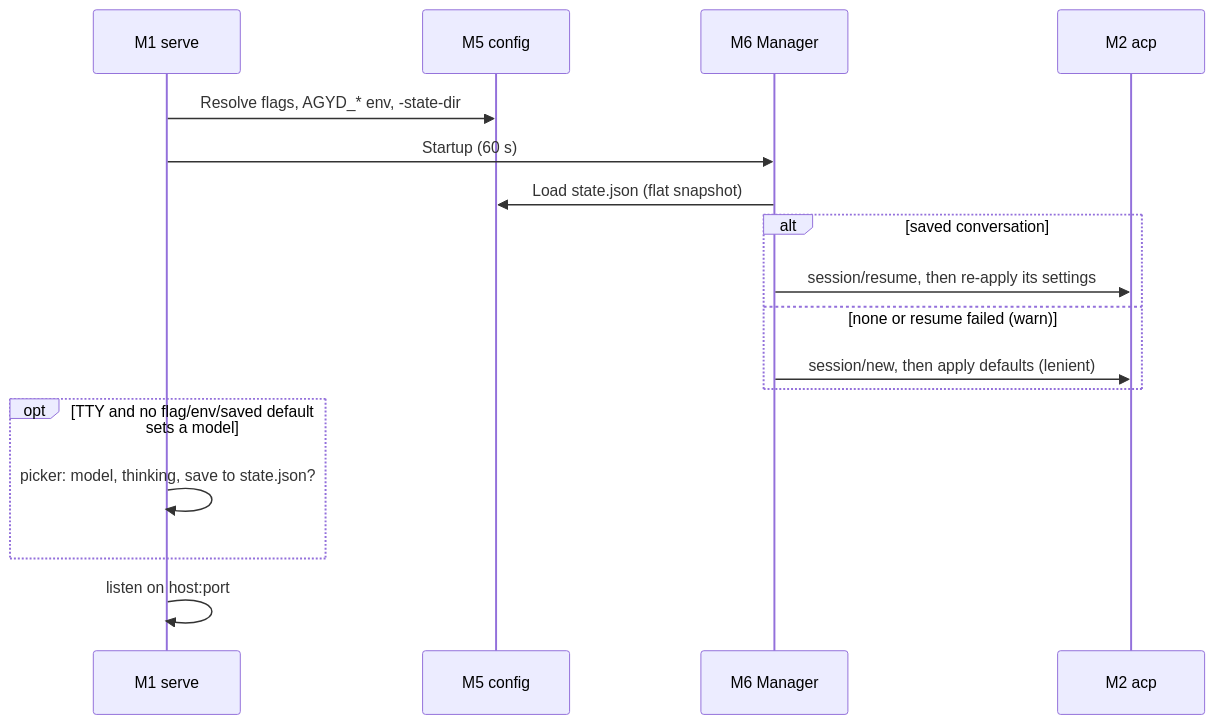
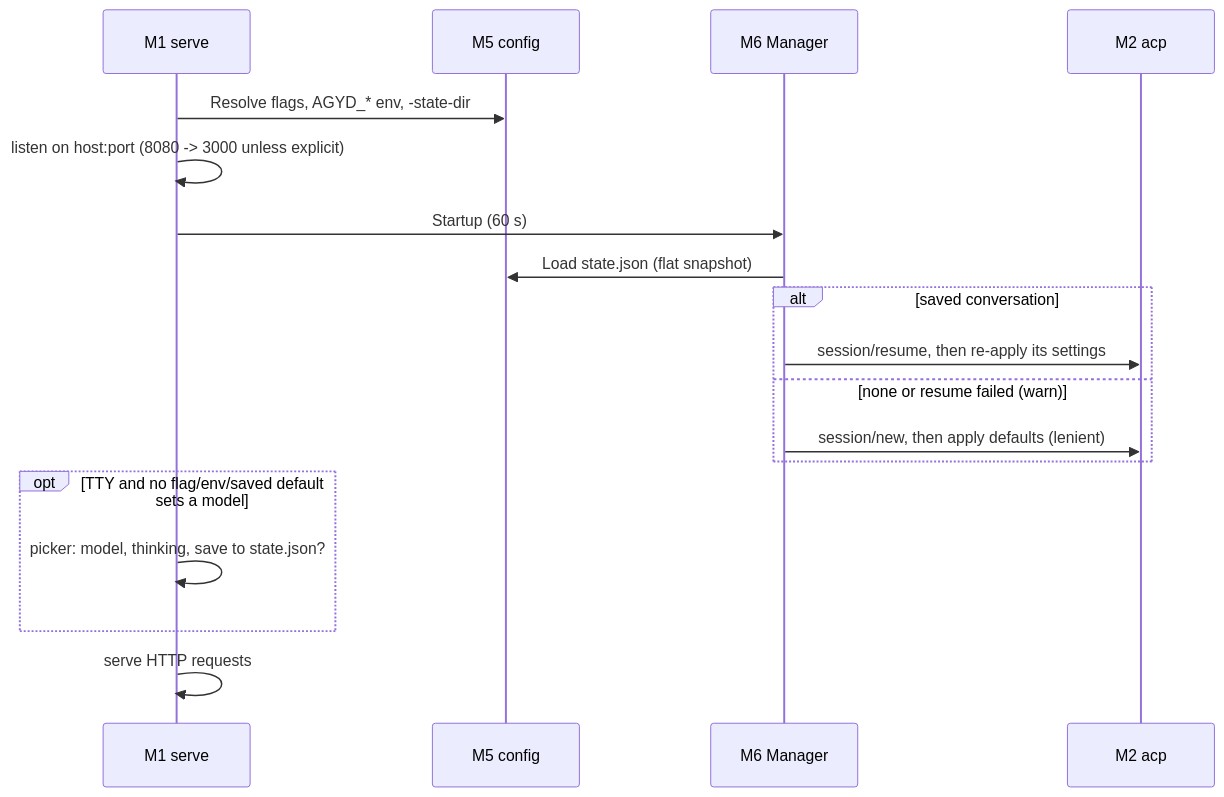
The second of 3 diagrams in SDD.md (kesokaj/agyd), drawn with Mermaid before and after one commit. The commit also changed other lines of this file and 18 other files, not shown here.

````diff
--- a/SDD.md
+++ b/SDD.md
@@ -62,19 +62,20 @@
 ```mermaid
 sequenceDiagram
   participant M as M1 serve
   participant C as M5 config
   participant G as M6 Manager
   participant A as M2 acp
   M->>C: Resolve flags, AGYD_* env, -state-dir
+  M->>M: listen on host:port (8080 -> 3000 unless explicit)
   M->>G: Startup (60 s)
   G->>C: Load state.json (flat snapshot)
   alt saved conversation
     G->>A: session/resume, then re-apply its settings
   else none or resume failed (warn)
     G->>A: session/new, then apply defaults (lenient)
   end
   opt TTY and no flag/env/saved default sets a model
     M->>M: picker: model, thinking, save to state.json?
   end
-  M->>M: listen on host:port
+  M->>M: serve HTTP requests
 ```
````
